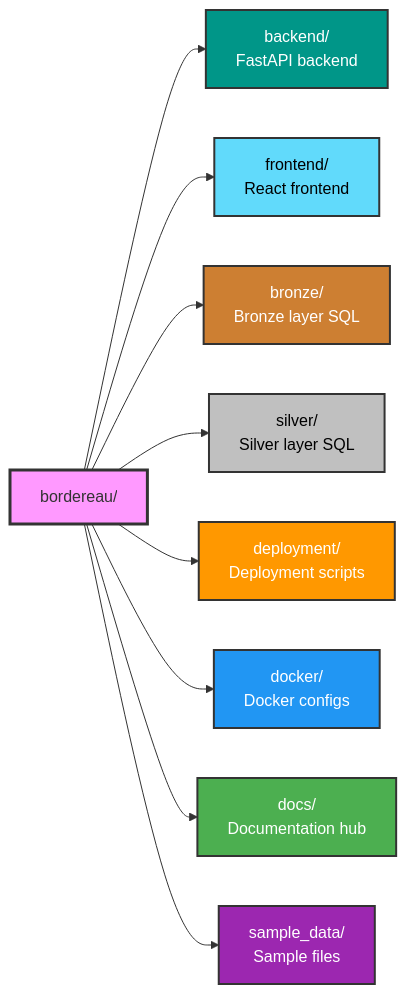
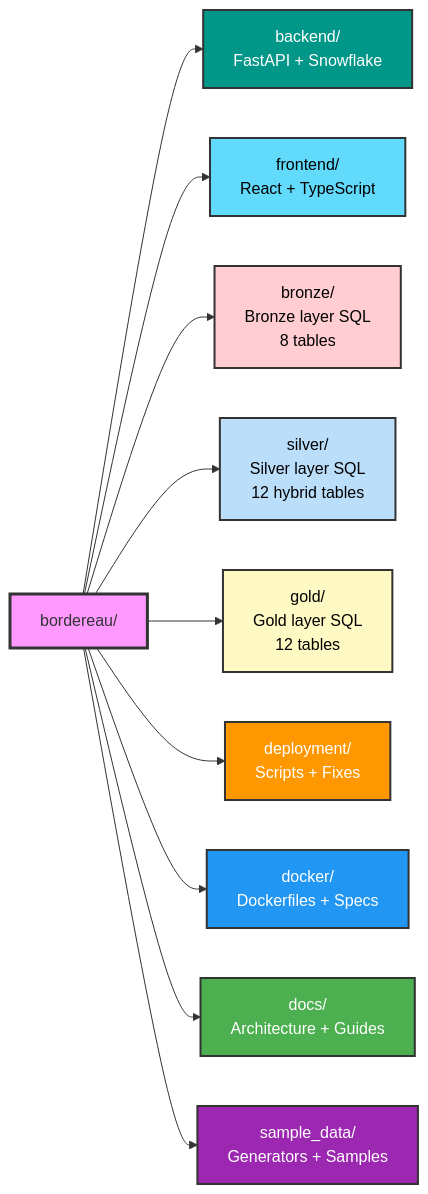
Before and after one commit to Boon67/bordereau_processing: the second of 2 diagrams in README.md, drawn with Mermaid. The commit also changed other lines of this file and 90 other files, not shown here.

````diff
--- a/README.md
+++ b/README.md
@@ -92,21 +153,23 @@
 ```mermaid
 graph LR
-    A[bordereau/] --> B[backend/<br/>FastAPI backend]
-    A --> C[frontend/<br/>React frontend]
-    A --> D[bronze/<br/>Bronze layer SQL]
-    A --> E[silver/<br/>Silver layer SQL]
-    A --> F[deployment/<br/>Deployment scripts]
-    A --> G[docker/<br/>Docker configs]
-    A --> H[docs/<br/>Documentation hub]
-    A --> I[sample_data/<br/>Sample files]
+    A[bordereau/] --> B[backend/<br/>FastAPI + Snowflake]
+    A --> C[frontend/<br/>React + TypeScript]
+    A --> D[bronze/<br/>Bronze layer SQL<br/>8 tables]
+    A --> E[silver/<br/>Silver layer SQL<br/>12 hybrid tables]
+    A --> F[gold/<br/>Gold layer SQL<br/>12 tables]
+    A --> G[deployment/<br/>Scripts + Fixes]
+    A --> H[docker/<br/>Dockerfiles + Specs]
+    A --> I[docs/<br/>Architecture + Guides]
+    A --> J[sample_data/<br/>Generators + Samples]
     
     style A fill:#f9f,stroke:#333,stroke-width:3px
     style B fill:#009688,stroke:#333,stroke-width:2px,color:#fff
     style C fill:#61dafb,stroke:#333,stroke-width:2px,color:#000
-    style D fill:#cd7f32,stroke:#333,stroke-width:2px,color:#fff
-    style E fill:#c0c0c0,stroke:#333,stroke-width:2px,color:#000
-    style F fill:#ff9800,stroke:#333,stroke-width:2px,color:#fff
-    style G fill:#2196f3,stroke:#333,stroke-width:2px,color:#fff
-    style H fill:#4caf50,stroke:#333,stroke-width:2px,color:#fff
-    style I fill:#9c27b0,stroke:#333,stroke-width:2px,color:#fff
+    style D fill:#ffcdd2,stroke:#333,stroke-width:2px,color:#000
+    style E fill:#bbdefb,stroke:#333,stroke-width:2px,color:#000
+    style F fill:#fff9c4,stroke:#333,stroke-width:2px,color:#000
+    style G fill:#ff9800,stroke:#333,stroke-width:2px,color:#fff
+    style H fill:#2196f3,stroke:#333,stroke-width:2px,color:#fff
+    style I fill:#4caf50,stroke:#333,stroke-width:2px,color:#fff
+    style J fill:#9c27b0,stroke:#333,stroke-width:2px,color:#fff
 ```
````
